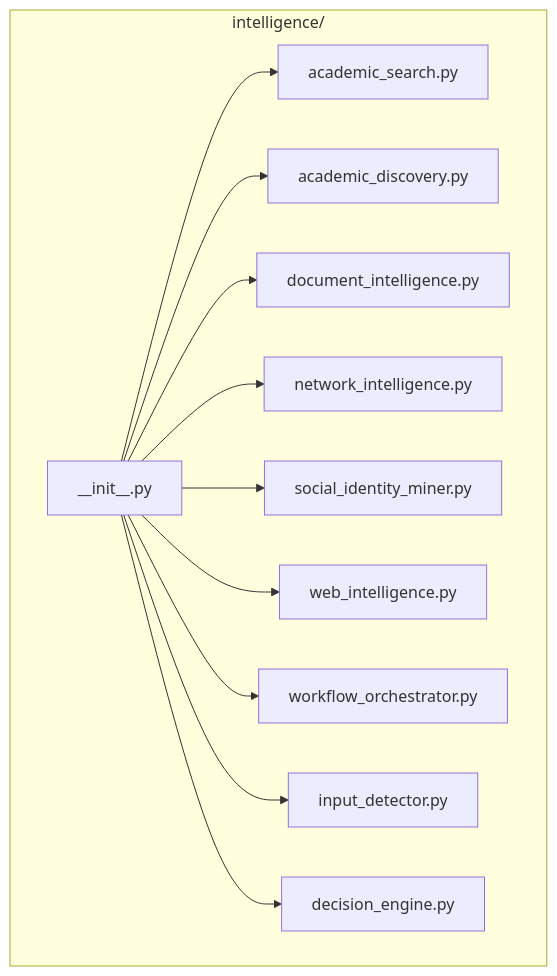
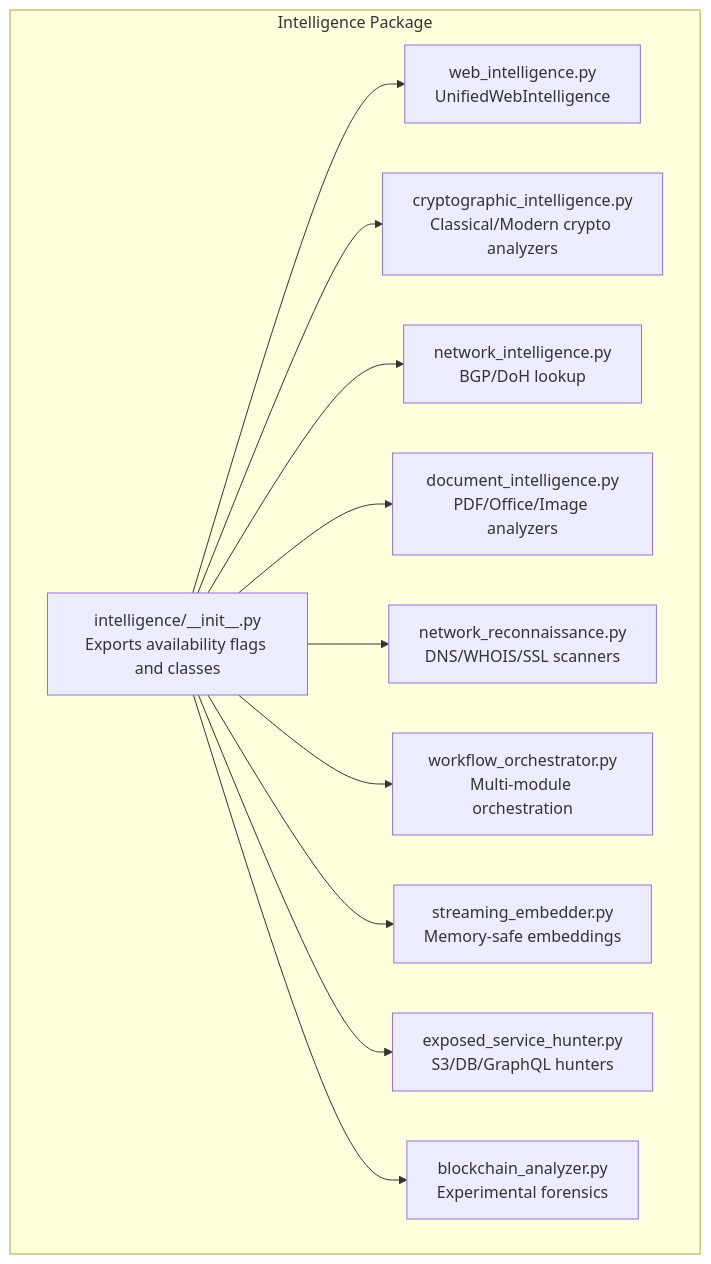
The first of 12 diagrams in .qoder/repowiki/en/content/Intelligence Modules/Intelligence Modules.md (Hamulda/hledac-universal), drawn with Mermaid before and after one commit. The commit also changed other lines of this file and 236 other files, not shown here.

````diff
--- a/.qoder/repowiki/en/content/Intelligence Modules/Intelligence Modules.md
+++ b/.qoder/repowiki/en/content/Intelligence Modules/Intelligence Modules.md
@@ -35,24 +35,24 @@
 ```mermaid
 graph TB
-subgraph "intelligence/"
-A["__init__.py"]
-B["academic_search.py"]
-C["academic_discovery.py"]
-D["document_intelligence.py"]
-E["network_intelligence.py"]
-F["social_identity_miner.py"]
-G["web_intelligence.py"]
-H["workflow_orchestrator.py"]
-I["input_detector.py"]
-J["decision_engine.py"]
+subgraph "Intelligence Package"
+A["intelligence/__init__.py<br/>Exports availability flags and classes"]
+B["web_intelligence.py<br/>UnifiedWebIntelligence"]
+C["cryptographic_intelligence.py<br/>Classical/Modern crypto analyzers"]
+D["network_intelligence.py<br/>BGP/DoH lookup"]
+E["document_intelligence.py<br/>PDF/Office/Image analyzers"]
+F["network_reconnaissance.py<br/>DNS/WHOIS/SSL scanners"]
+G["workflow_orchestrator.py<br/>Multi-module orchestration"]
+H["streaming_embedder.py<br/>Memory-safe embeddings"]
+I["exposed_service_hunter.py<br/>S3/DB/GraphQL hunters"]
+J["blockchain_analyzer.py<br/>Experimental forensics"]
 end
 A --> B
 A --> C
 A --> D
 A --> E
 A --> F
 A --> G
 A --> H
 A --> I
 A --> J
 ```
````
